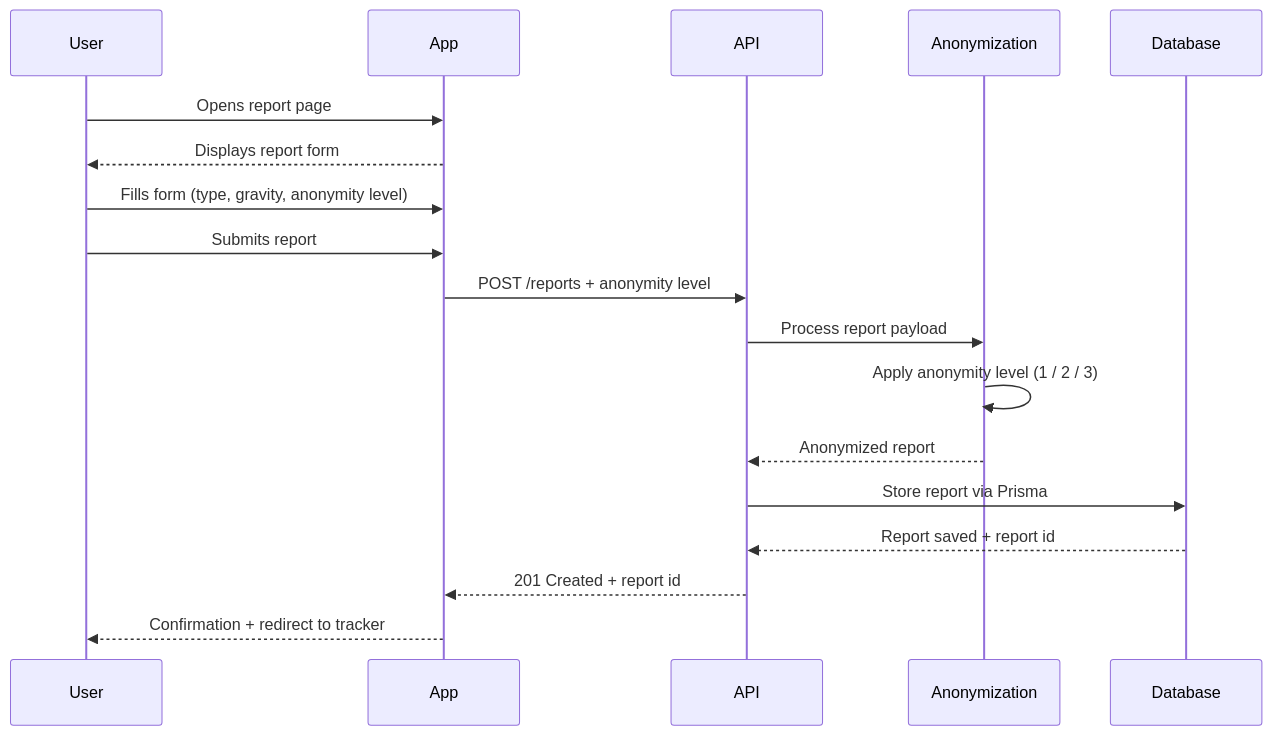
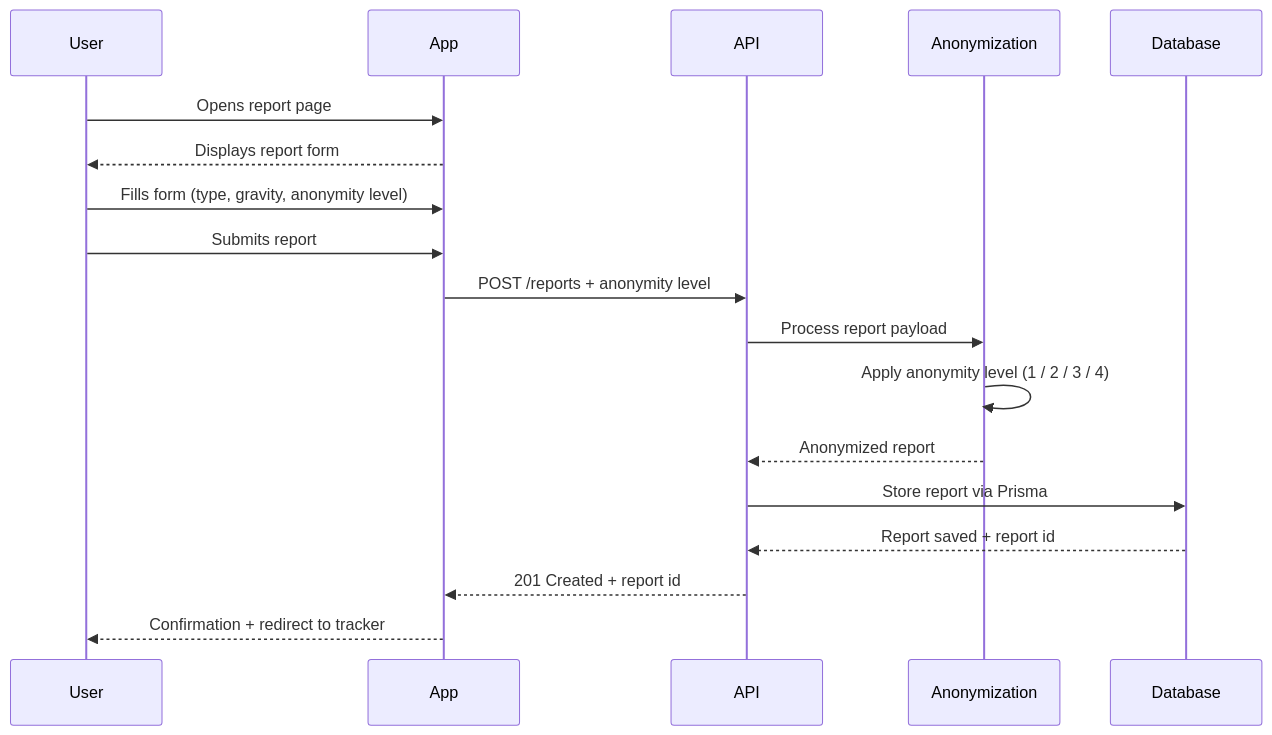
The second of 4 diagrams in Stage3_technical_documentation.md (Alistair31/Portfolio-Project), drawn with Mermaid before and after one commit. The commit also changed other lines of this file, not shown here.

````diff
--- a/Stage3_technical_documentation.md
+++ b/Stage3_technical_documentation.md
@@ -142,21 +154,21 @@
 ```mermaid
 sequenceDiagram
     participant User
     participant App
     participant API
     participant Anonymization
     participant Database
 
     User->>App: Opens report page
     App-->>User: Displays report form
     User->>App: Fills form (type, gravity, anonymity level)
     User->>App: Submits report
     App->>API: POST /reports + anonymity level
     API->>Anonymization: Process report payload
-    Anonymization->>Anonymization: Apply anonymity level (1 / 2 / 3)
+    Anonymization->>Anonymization: Apply anonymity level (1 / 2 / 3 / 4)
     Anonymization-->>API: Anonymized report
     API->>Database: Store report via Prisma
     Database-->>API: Report saved + report id
     API-->>App: 201 Created + report id
     App-->>User: Confirmation + redirect to tracker
 ```
````
